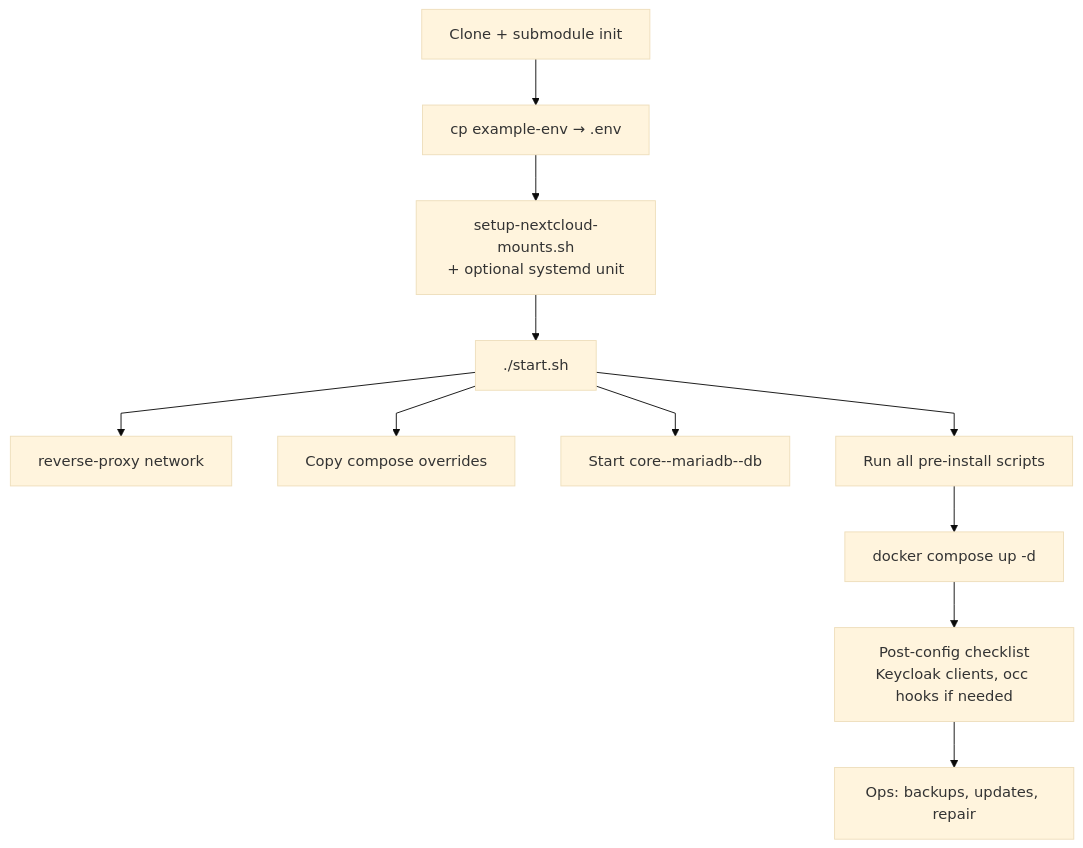
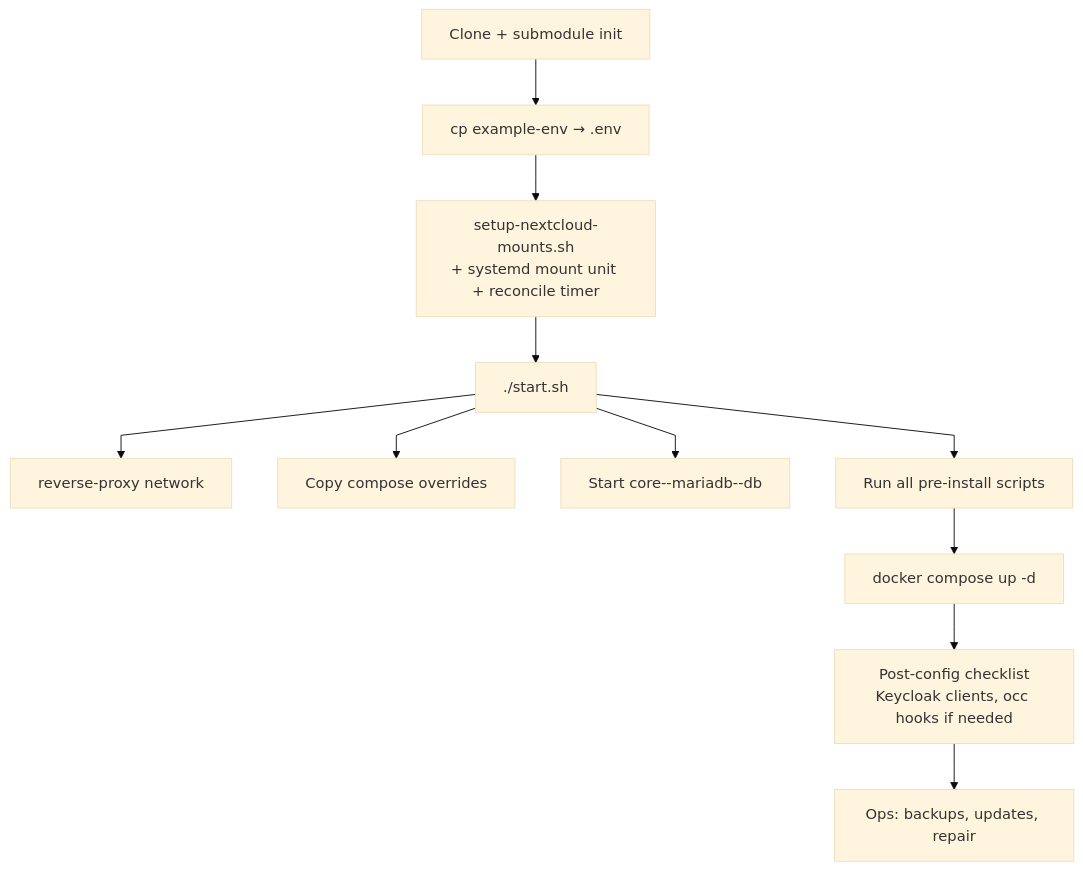
Before and after one commit to soda-collections-objects-data-literacy/soda_scs_manager_deployment: the eighth of 8 diagrams in docs/en/technical/service-infrastructure/architecture-overview.md, drawn with Mermaid (base theme). The commit also changed other lines of this file and 3 other files, not shown here.

First line of the commit message:
docs: document the Nextcloud mount reconcile timer in host setup

````diff
--- a/docs/en/technical/service-infrastructure/architecture-overview.md
+++ b/docs/en/technical/service-infrastructure/architecture-overview.md
@@ -290,14 +291,14 @@
 ```mermaid
 %%{init: {"flowchart": {"curve": "linear"}} }%%
 flowchart TD
   A[Clone + submodule init] --> B[cp example-env → .env]
-  B --> C[setup-nextcloud-mounts.sh<br/>+ optional systemd unit]
+  B --> C[setup-nextcloud-mounts.sh<br/>+ systemd mount unit + reconcile timer]
   C --> D[./start.sh]
   D --> D1[reverse-proxy network]
   D --> D2[Copy compose overrides]
   D --> D3[Start core--mariadb--db]
   D --> D4[Run all pre-install scripts]
   D4 --> E[docker compose up -d]
   E --> F[Post-config checklist<br/>Keycloak clients, occ hooks if needed]
   F --> G[Ops: backups, updates, repair]
 ```
````
